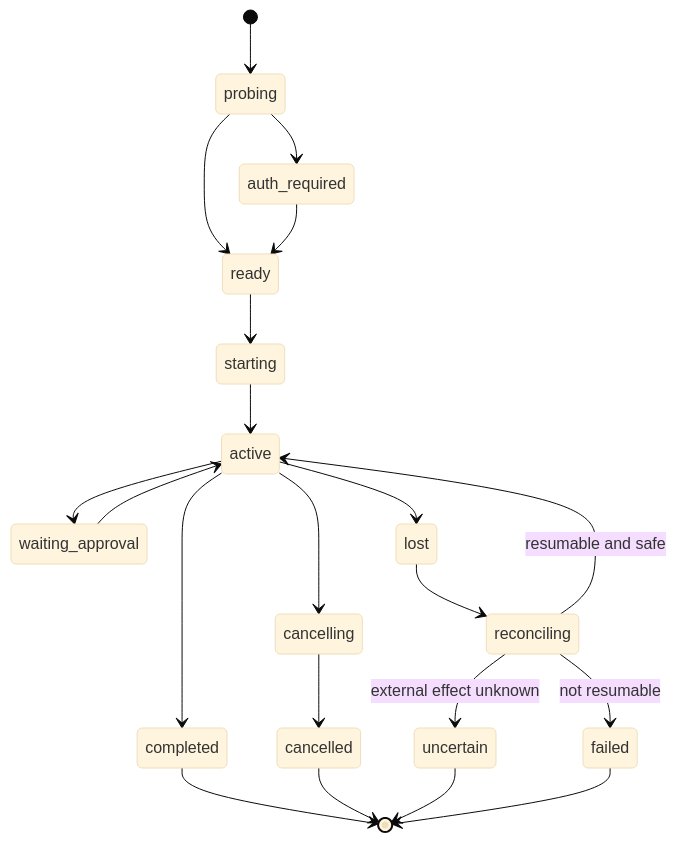
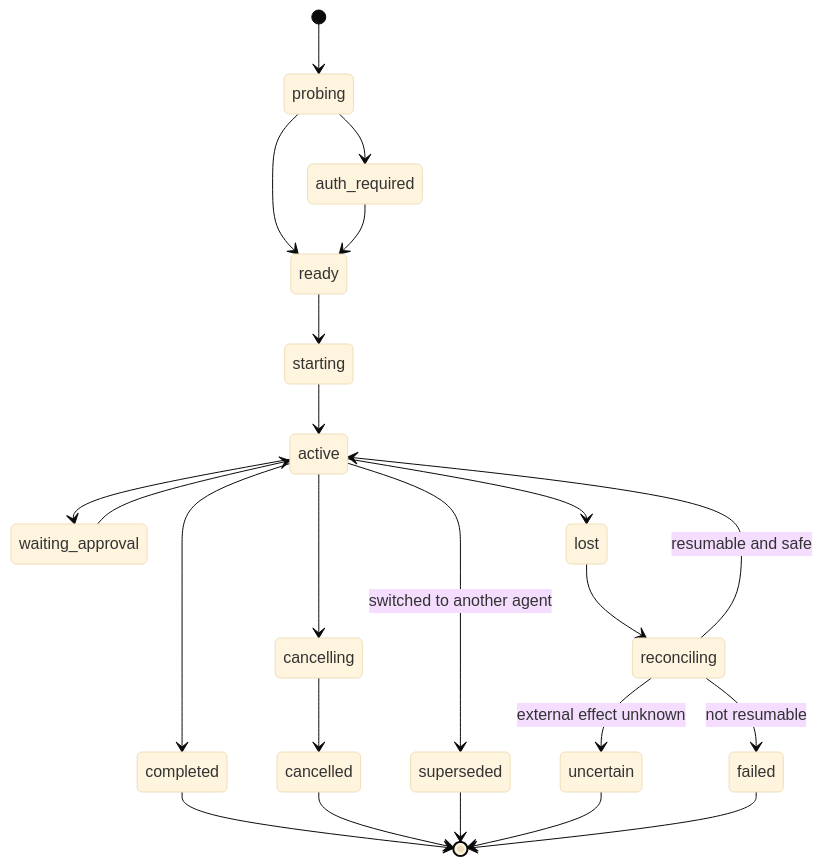
The diagram in docs/architecture/03-agent-runtime-and-auth.md (AltharIDE/althar), drawn with Mermaid (base theme) before and after one commit. The commit also changed other lines of this file and 20 other files, not shown here.

First line of the commit message:
Record the harness decisions in the architecture

````diff
--- a/docs/architecture/03-agent-runtime-and-auth.md
+++ b/docs/architecture/03-agent-runtime-and-auth.md
@@ -179,23 +323,25 @@
 ```mermaid
 stateDiagram-v2
     [*] --> probing
     probing --> auth_required
     probing --> ready
     auth_required --> ready
     ready --> starting
     starting --> active
     active --> waiting_approval
     waiting_approval --> active
     active --> completed
     active --> cancelling
     cancelling --> cancelled
+    active --> superseded: switched to another agent
     active --> lost
     lost --> reconciling
     reconciling --> active: resumable and safe
     reconciling --> uncertain: external effect unknown
     reconciling --> failed: not resumable
     completed --> [*]
     cancelled --> [*]
+    superseded --> [*]
     uncertain --> [*]
     failed --> [*]
 ```
````
